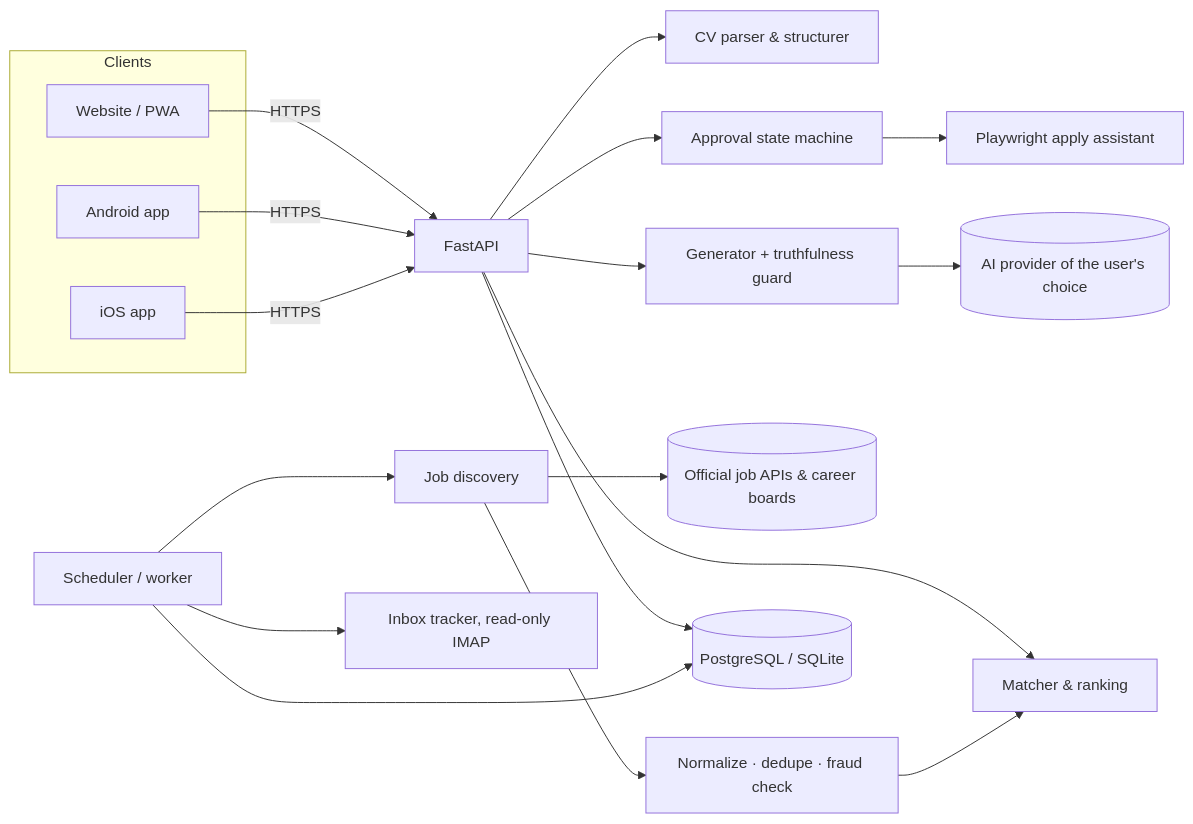
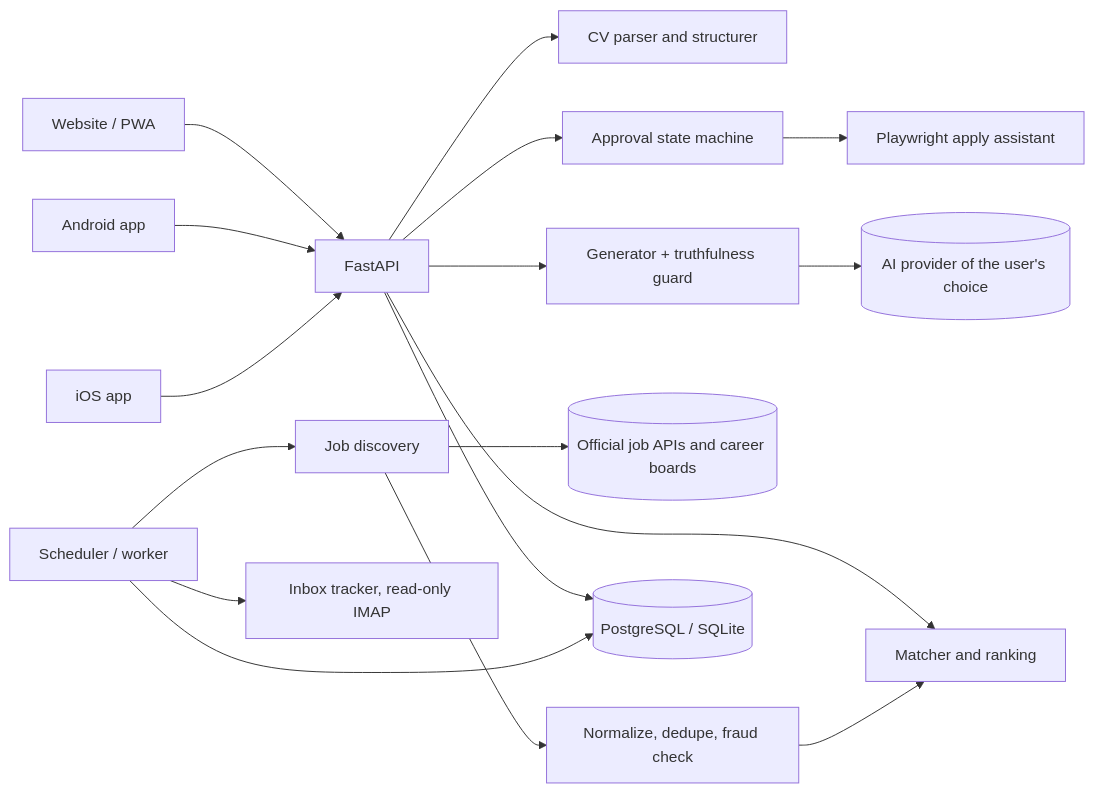
Before and after one commit to aicareerversestartup-glitch/ai-job-hunter: the diagram in README.md, drawn with Mermaid. The commit also changed other lines of this file and 18 other files, not shown here.

````diff
--- a/README.md
+++ b/README.md
@@ -77,20 +77,19 @@
 ```mermaid
 flowchart LR
-  subgraph Clients
-    W[Website / PWA]
-    A[Android app]
-    I[iOS app]
-  end
-  W & A & I -->|HTTPS| API[FastAPI]
-  API --> CV[CV parser & structurer]
-  API --> M[Matcher & ranking]
-  API --> G[Generator + truthfulness guard]
-  API --> AP[Approval state machine]
-  AP --> PW[Playwright apply assistant]
-  S[Scheduler / worker] --> D[Job discovery]
-  D --> SRC[(Official job APIs & career boards)]
-  D --> N[Normalize · dedupe · fraud check] --> M
-  S --> IN[Inbox tracker, read-only IMAP]
-  G --> AI[(AI provider of the user's choice)]
-  API & S --> DB[(PostgreSQL / SQLite)]
+  W["Website / PWA"] --> API["FastAPI"]
+  A["Android app"] --> API
+  I["iOS app"] --> API
+  API --> CV["CV parser and structurer"]
+  API --> M["Matcher and ranking"]
+  API --> G["Generator + truthfulness guard"]
+  API --> AP["Approval state machine"]
+  AP --> PW["Playwright apply assistant"]
+  S["Scheduler / worker"] --> D["Job discovery"]
+  D --> SRC[("Official job APIs and career boards")]
+  D --> N["Normalize, dedupe, fraud check"]
+  N --> M
+  S --> IN["Inbox tracker, read-only IMAP"]
+  G --> AI[("AI provider of the user's choice")]
+  API --> DB[("PostgreSQL / SQLite")]
+  S --> DB
 ```
````
